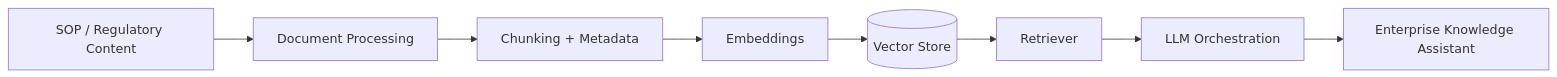
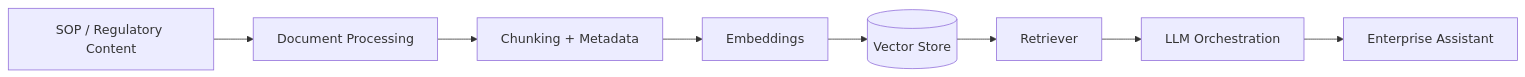
One commit to dhanumjayasaggurthi/dhanumjayasaggurthi changed the second of 4 diagrams in README.md. Above: the diagram before and after it, drawn with Mermaid. The commit also changed other lines of this file, not shown here.

Commit message:
Update README with new profile and architecture details

````diff
--- a/README.md
+++ b/README.md
@@ -134,10 +137,10 @@
 ```mermaid
 flowchart LR
     A[SOP / Regulatory Content] --> B[Document Processing]
     B --> C[Chunking + Metadata]
     C --> D[Embeddings]
     D --> E[(Vector Store)]
     E --> F[Retriever]
     F --> G[LLM Orchestration]
-    G --> H[Enterprise Knowledge Assistant]
+    G --> H[Enterprise Assistant]
 ```
````
